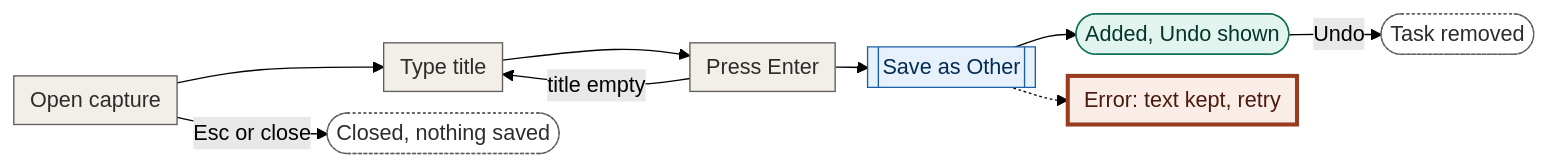
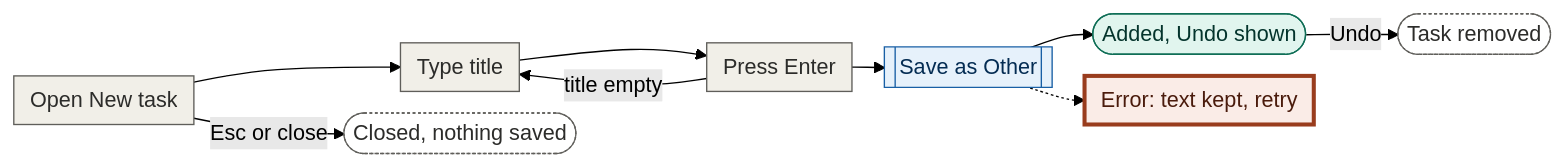
The first of 7 diagrams in docs/design/01-user-flows/tasks.md (tor4/ai-planner), drawn with Mermaid (forest theme) before and after one commit. The commit also changed other lines of this file and 17 other files, not shown here.

````diff
--- a/docs/design/01-user-flows/tasks.md
+++ b/docs/design/01-user-flows/tasks.md
@@ -12,16 +12,16 @@
 ```mermaid
 %%{init: {"flowchart": {"nodeSpacing": 16, "rankSpacing": 24, "padding": 6}}}%%
 flowchart LR
-  A[Open capture]:::step --> B[Type title]:::step --> C[Press Enter]:::step --> S[[Save as Other]]:::sys --> D([Added, Undo shown]):::ok
+  A[Open New task]:::step --> B[Type title]:::step --> C[Press Enter]:::step --> S[[Save as Other]]:::sys --> D([Added, Undo shown]):::ok
   D -->|Undo| U([Task removed]):::exit
   C -->|title empty| B
   A -->|Esc or close| E([Closed, nothing saved]):::exit
   S -.-> X[Error: text kept, retry]:::error
   classDef step fill:#F1EFE8,stroke:#5F5E5A,color:#2C2C2A
   classDef sys fill:#E6F1FB,stroke:#185FA5,color:#042C53
   classDef ok fill:#E1F5EE,stroke:#0F6E56,color:#04342C
   classDef exit fill:#FFFFFF,stroke:#5F5E5A,color:#2C2C2A,stroke-dasharray:2 2
   classDef decision fill:#FAEEDA,stroke:#854F0B,color:#412402
   classDef state fill:#EEEDFE,stroke:#534AB7,color:#26215C,stroke-dasharray:4 3
   classDef error fill:#FAECE7,stroke:#993C1D,color:#4A1B0C,stroke-width:3px
 ```
````
